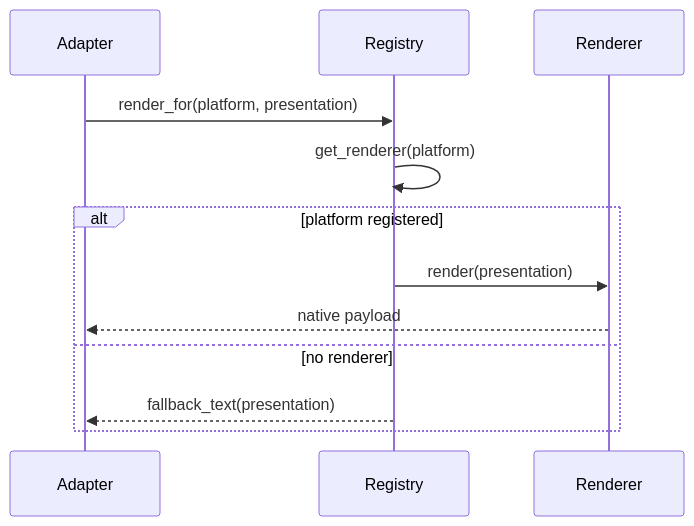
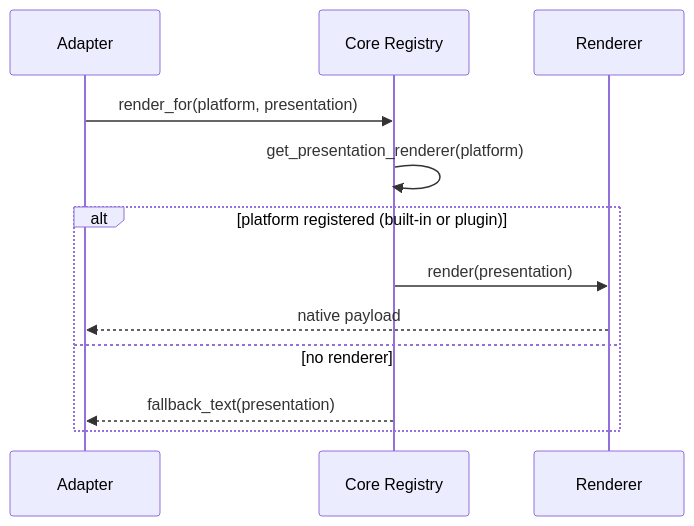
Before and after one commit to MervinPraison/PraisonAIDocs: the second of 3 diagrams in docs/features/presentation-renderers.mdx, drawn with Mermaid. The commit also changed other lines of this file and 1 other file, not shown here.

First line of the commit message:
docs: update presentation-renderers for core registration seam (fixes #2747)

````diff
--- a/docs/features/presentation-renderers.mdx
+++ b/docs/features/presentation-renderers.mdx
@@ -66,15 +84,15 @@
 ```mermaid
 sequenceDiagram
     participant Adapter
-    participant Registry
+    participant Core as Core Registry
     participant Renderer
 
-    Adapter->>Registry: render_for(platform, presentation)
-    Registry->>Registry: get_renderer(platform)
-    alt platform registered
-        Registry->>Renderer: render(presentation)
+    Adapter->>Core: render_for(platform, presentation)
+    Core->>Core: get_presentation_renderer(platform)
+    alt platform registered (built-in or plugin)
+        Core->>Renderer: render(presentation)
         Renderer-->>Adapter: native payload
     else no renderer
-        Registry-->>Adapter: fallback_text(presentation)
+        Core-->>Adapter: fallback_text(presentation)
     end
 ```
````
